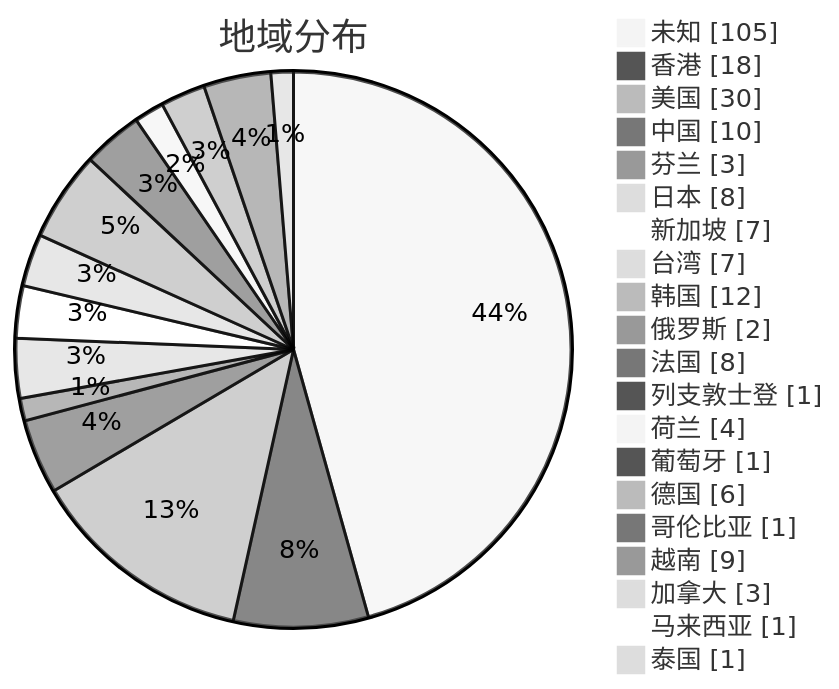
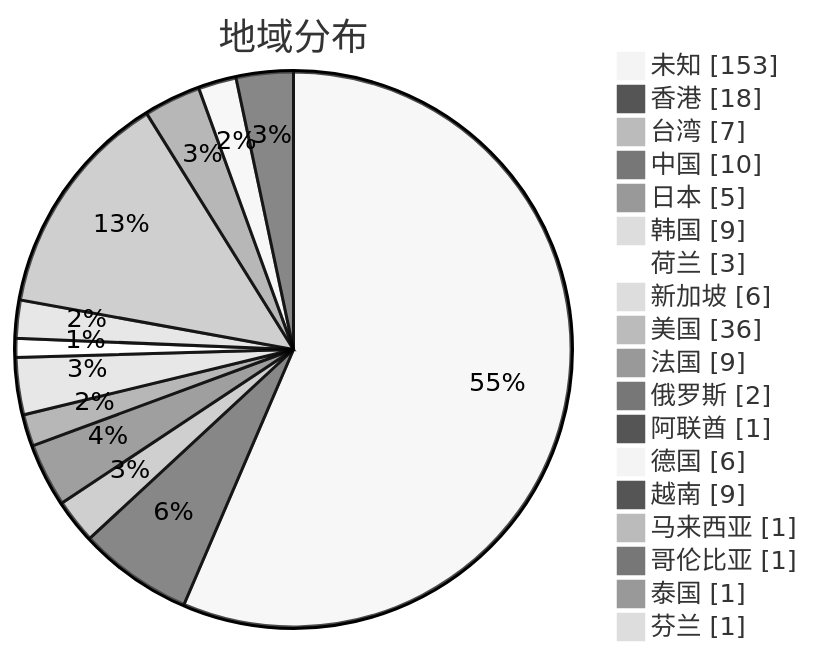
The second of 3 diagrams in subs/statistics/tested_within.md (sinspired/airport), drawn with Mermaid (neutral theme) before and after one commit. The commit also changed other lines of this file and 2 other files, not shown here.

````diff
--- a/subs/statistics/tested_within.md
+++ b/subs/statistics/tested_within.md
@@ -13,24 +15,22 @@
 ```mermaid
 pie showData
 title 地域分布
-"未知" : 105
+"未知" : 153
 "香港" : 18
-"美国" : 30
+"台湾" : 7
 "中国" : 10
-"芬兰" : 3
-"日本" : 8
-"新加坡" : 7
-"台湾" : 7
-"韩国" : 12
+"日本" : 5
+"韩国" : 9
+"荷兰" : 3
+"新加坡" : 6
+"美国" : 36
+"法国" : 9
 "俄罗斯" : 2
-"法国" : 8
-"列支敦士登" : 1
-"荷兰" : 4
-"葡萄牙" : 1
+"阿联酋" : 1
 "德国" : 6
+"越南" : 9
+"马来西亚" : 1
 "哥伦比亚" : 1
-"越南" : 9
-"加拿大" : 3
-"马来西亚" : 1
 "泰国" : 1
+"芬兰" : 1
 ```
````
